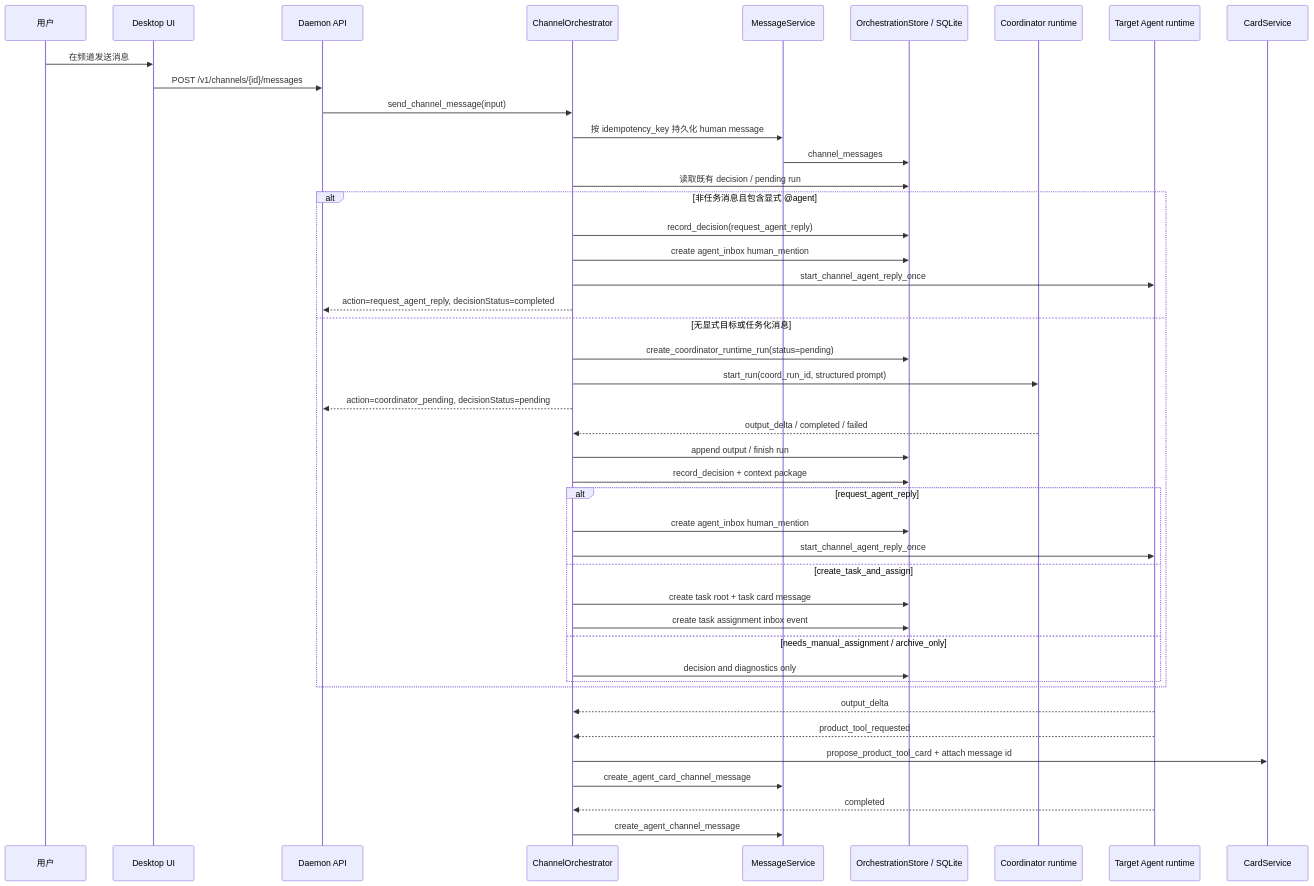
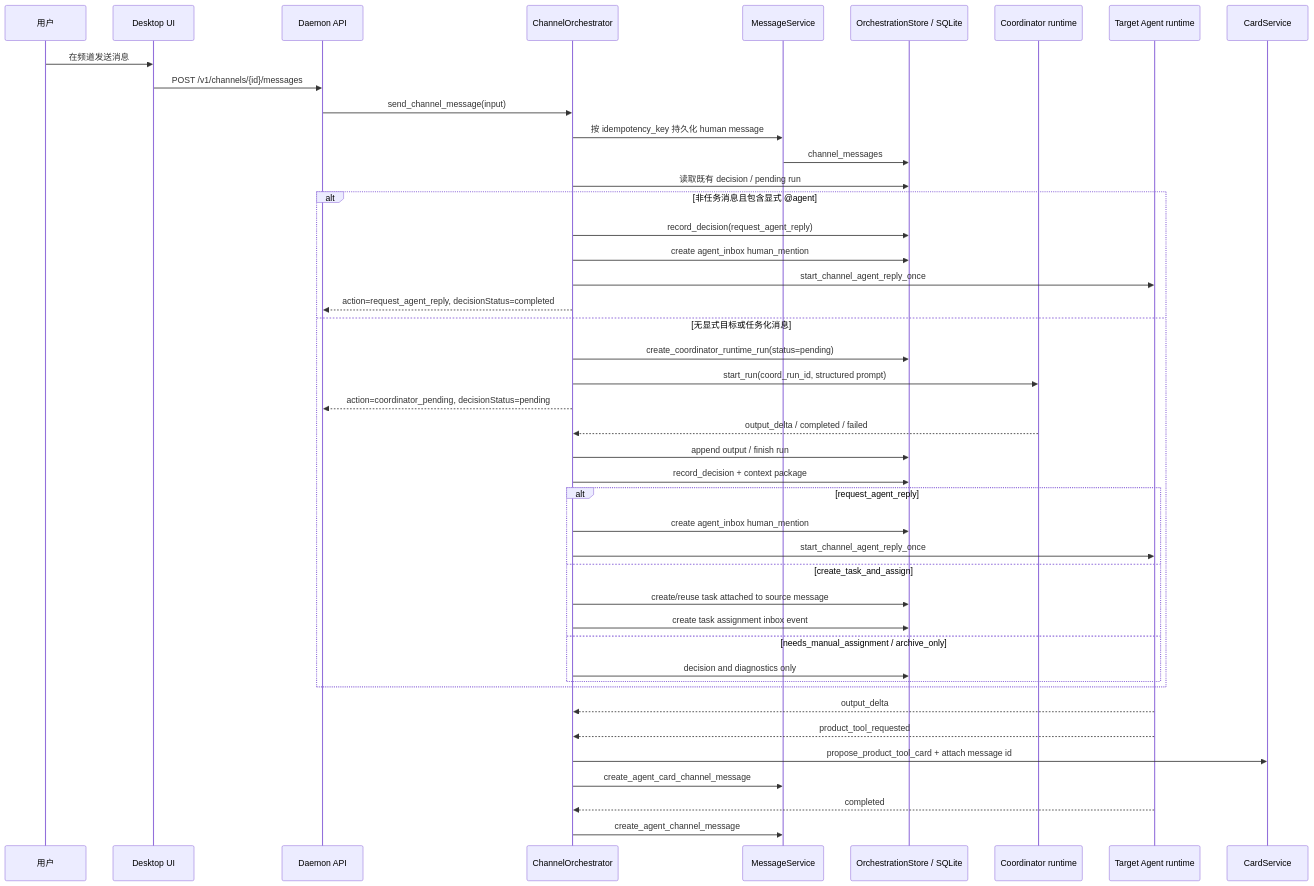
Before and after one commit to leedalei/Slei: the second of 5 diagrams in docs/architecture/0005-channel-routing-and-multi-agent-flow.md, drawn with Mermaid. The commit also changed other lines of this file and 23 other files, not shown here.

Commit message:
Implement source task message cards

````diff
--- a/docs/architecture/0005-channel-routing-and-multi-agent-flow.md
+++ b/docs/architecture/0005-channel-routing-and-multi-agent-flow.md
@@ -63,47 +64,47 @@
 ```mermaid
 sequenceDiagram
     participant User as 用户
     participant UI as Desktop UI
     participant API as Daemon API
     participant Orch as ChannelOrchestrator
     participant Msg as MessageService
     participant Store as OrchestrationStore / SQLite
     participant Coord as Coordinator runtime
     participant Agent as Target Agent runtime
     participant Cards as CardService
 
     User->>UI: 在频道发送消息
     UI->>API: POST /v1/channels/{id}/messages
     API->>Orch: send_channel_message(input)
     Orch->>Msg: 按 idempotency_key 持久化 human message
     Msg->>Store: channel_messages
     Orch->>Store: 读取既有 decision / pending run
     alt 非任务消息且包含显式 @agent
         Orch->>Store: record_decision(request_agent_reply)
         Orch->>Store: create agent_inbox human_mention
         Orch->>Agent: start_channel_agent_reply_once
         Orch-->>API: action=request_agent_reply, decisionStatus=completed
     else 无显式目标或任务化消息
         Orch->>Store: create_coordinator_runtime_run(status=pending)
         Orch->>Coord: start_run(coord_run_id, structured prompt)
         Orch-->>API: action=coordinator_pending, decisionStatus=pending
         Coord-->>Orch: output_delta / completed / failed
         Orch->>Store: append output / finish run
         Orch->>Store: record_decision + context package
         alt request_agent_reply
             Orch->>Store: create agent_inbox human_mention
             Orch->>Agent: start_channel_agent_reply_once
         else create_task_and_assign
-            Orch->>Store: create task root + task card message
+            Orch->>Store: create/reuse task attached to source message
             Orch->>Store: create task assignment inbox event
         else needs_manual_assignment / archive_only
             Orch->>Store: decision and diagnostics only
         end
     end
     Agent-->>Orch: output_delta
     Agent-->>Orch: product_tool_requested
     Orch->>Cards: propose_product_tool_card + attach message id
     Orch->>Msg: create_agent_card_channel_message
     Agent-->>Orch: completed
     Orch->>Msg: create_agent_channel_message
 ```
````
